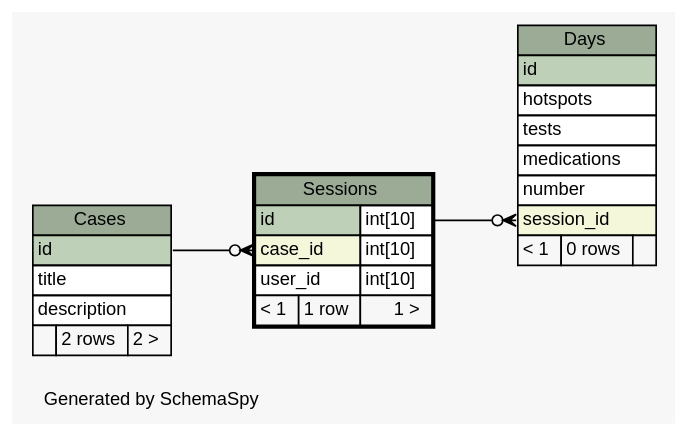
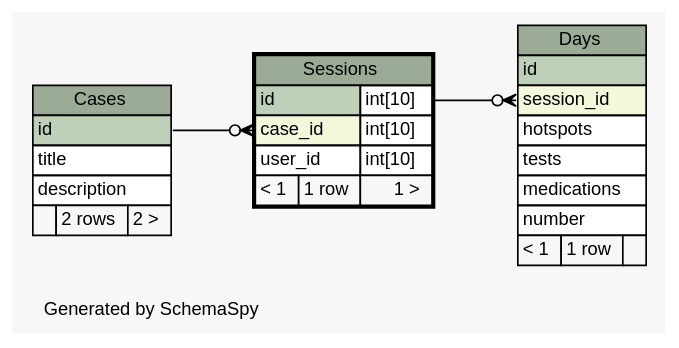
One commit to carrel2/CaseStudies changed the diagram in web/files/schema/diagrams/Sessions.1degree.dot. Above: the diagram before and after it, drawn with Graphviz. The commit also changed 40 other files, not shown here.

```diff
--- a/web/files/schema/diagrams/Sessions.1degree.dot
+++ b/web/files/schema/diagrams/Sessions.1degree.dot
@@ -1,63 +1,63 @@
 // dot 2.38.0 on Linux 4.4.0-59-generic
 // SchemaSpy rev 590
 digraph "oneDegreeRelationshipsDiagram" {
   graph [
     rankdir="RL"
     bgcolor="#f7f7f7"
     label="\nGenerated by SchemaSpy"
     labeljust="l"
     nodesep="0.18"
     ranksep="0.46"
     fontname="Helvetica"
     fontsize="11"
   ];
   node [
     fontname="Helvetica"
     fontsize="11"
     shape="plaintext"
   ];
   edge [
     arrowsize="0.8"
   ];
   "Days":"session_id":w -> "Sessions":"id.type":e [arrowhead=none dir=back arrowtail=crowodot];
   "Sessions":"case_id":w -> "Cases":"id":e [arrowhead=none dir=back arrowtail=crowodot];
   "Cases" [
     label=<
     <TABLE BORDER="0" CELLBORDER="1" CELLSPACING="0" BGCOLOR="#ffffff">
       <TR><TD COLSPAN="3" BGCOLOR="#9bab96" ALIGN="CENTER">Cases</TD></TR>
       <TR><TD PORT="id" COLSPAN="3" BGCOLOR="#bed1b8" ALIGN="LEFT">id</TD></TR>
       <TR><TD PORT="title" COLSPAN="3" ALIGN="LEFT">title</TD></TR>
       <TR><TD PORT="description" COLSPAN="3" ALIGN="LEFT">description</TD></TR>
       <TR><TD ALIGN="LEFT" BGCOLOR="#f7f7f7">  </TD><TD ALIGN="RIGHT" BGCOLOR="#f7f7f7">2 rows</TD><TD ALIGN="RIGHT" BGCOLOR="#f7f7f7">2 &gt;</TD></TR>
     </TABLE>>
     URL="Cases.html"
     tooltip="Cases"
   ];
   "Days" [
     label=<
     <TABLE BORDER="0" CELLBORDER="1" CELLSPACING="0" BGCOLOR="#ffffff">
       <TR><TD COLSPAN="3" BGCOLOR="#9bab96" ALIGN="CENTER">Days</TD></TR>
       <TR><TD PORT="id" COLSPAN="3" BGCOLOR="#bed1b8" ALIGN="LEFT">id</TD></TR>
+      <TR><TD PORT="session_id" COLSPAN="3" BGCOLOR="#f4f7da" ALIGN="LEFT">session_id</TD></TR>
       <TR><TD PORT="hotspots" COLSPAN="3" ALIGN="LEFT">hotspots</TD></TR>
       <TR><TD PORT="tests" COLSPAN="3" ALIGN="LEFT">tests</TD></TR>
       <TR><TD PORT="medications" COLSPAN="3" ALIGN="LEFT">medications</TD></TR>
       <TR><TD PORT="number" COLSPAN="3" ALIGN="LEFT">number</TD></TR>
-      <TR><TD PORT="session_id" COLSPAN="3" BGCOLOR="#f4f7da" ALIGN="LEFT">session_id</TD></TR>
-      <TR><TD ALIGN="LEFT" BGCOLOR="#f7f7f7">&lt; 1</TD><TD ALIGN="RIGHT" BGCOLOR="#f7f7f7">0 rows</TD><TD ALIGN="RIGHT" BGCOLOR="#f7f7f7">  </TD></TR>
+      <TR><TD ALIGN="LEFT" BGCOLOR="#f7f7f7">&lt; 1</TD><TD ALIGN="RIGHT" BGCOLOR="#f7f7f7">1 row</TD><TD ALIGN="RIGHT" BGCOLOR="#f7f7f7">  </TD></TR>
     </TABLE>>
     URL="Days.html"
     tooltip="Days"
   ];
   "Sessions" [
     label=<
     <TABLE BORDER="2" CELLBORDER="1" CELLSPACING="0" BGCOLOR="#ffffff">
       <TR><TD COLSPAN="3" BGCOLOR="#9bab96" ALIGN="CENTER">Sessions</TD></TR>
       <TR><TD PORT="id" COLSPAN="2" BGCOLOR="#bed1b8" ALIGN="LEFT">id</TD><TD PORT="id.type" ALIGN="LEFT">int[10]</TD></TR>
       <TR><TD PORT="case_id" COLSPAN="2" BGCOLOR="#f4f7da" ALIGN="LEFT">case_id</TD><TD PORT="case_id.type" ALIGN="LEFT">int[10]</TD></TR>
       <TR><TD PORT="user_id" COLSPAN="2" ALIGN="LEFT">user_id</TD><TD PORT="user_id.type" ALIGN="LEFT">int[10]</TD></TR>
       <TR><TD ALIGN="LEFT" BGCOLOR="#f7f7f7">&lt; 1</TD><TD ALIGN="RIGHT" BGCOLOR="#f7f7f7">1 row</TD><TD ALIGN="RIGHT" BGCOLOR="#f7f7f7">1 &gt;</TD></TR>
     </TABLE>>
     URL="Sessions.html"
     tooltip="Sessions"
   ];
 }
```
